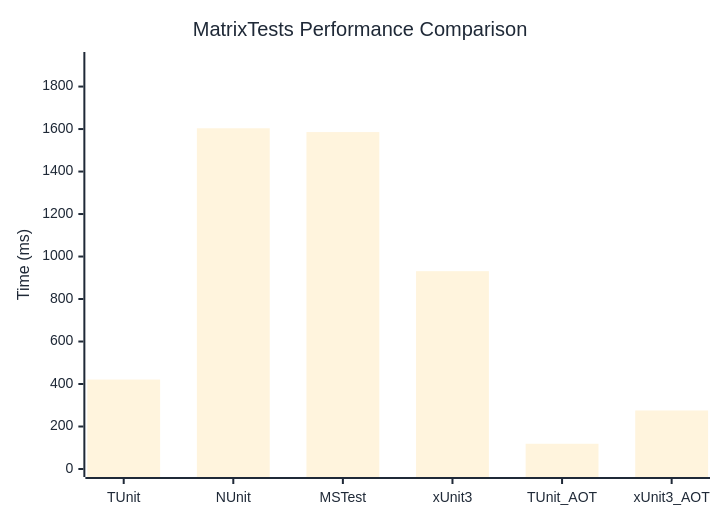
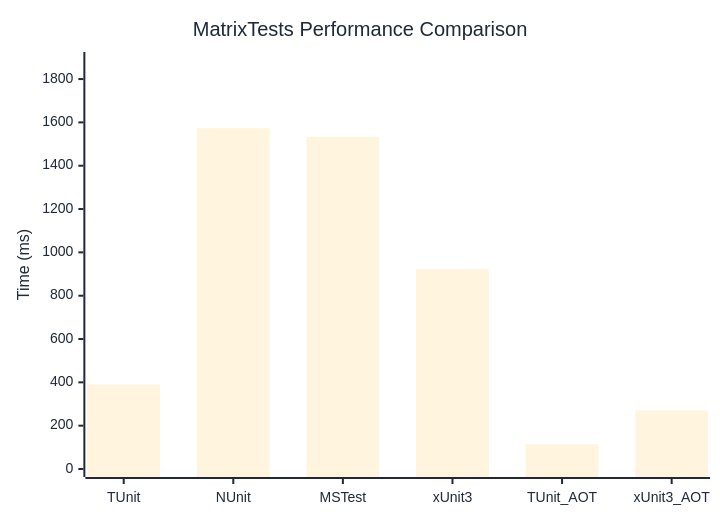
The diagram in docs/docs/benchmarks/engine/MatrixTests.md (thomhurst/TUnit), drawn with Mermaid before and after one commit. The commit also changed other lines of this file and 18 other files, not shown here.

````diff
--- a/docs/docs/benchmarks/engine/MatrixTests.md
+++ b/docs/docs/benchmarks/engine/MatrixTests.md
@@ -30,37 +30,37 @@
 ```mermaid
 %%{init: {
   'theme':'base',
   'themeVariables': {
     'primaryColor': '#2563eb',
     'primaryTextColor': '#1f2937',
     'primaryBorderColor': '#1e40af',
     'lineColor': '#6b7280',
     'secondaryColor': '#7c3aed',
     'tertiaryColor': '#dc2626',
     'background': '#ffffff',
     'mainBkg': '#2563eb',
     'secondBkg': '#7c3aed',
     'tertiaryBkg': '#dc2626',
     'clusterBkg': '#f3f4f6',
     'edgeLabelBackground': '#ffffff',
     'tertiaryTextColor': '#1f2937',
     'pie1': '#2563eb',
     'pie2': '#7c3aed',
     'pie3': '#dc2626',
     'pie4': '#f59e0b',
     'pie5': '#10b981',
     'pie6': '#06b6d4',
     'pie7': '#ec4899',
     'pie8': '#6366f1',
     'pie9': '#84cc16',
     'pie10': '#f97316',
     'pie11': '#14b8a6',
     'pie12': '#a855f7'
   }
 }}%%
 xychart-beta
   title "MatrixTests Performance Comparison"
   x-axis ["TUnit", "NUnit", "MSTest", "xUnit3", "TUnit_AOT", "xUnit3_AOT"]
-  y-axis "Time (ms)" 0 --> 1925
-  bar [420.9, 1603.6, 1585.8, 931.1, 118.8, 275.4]
+  y-axis "Time (ms)" 0 --> 1888
+  bar [389.9, 1572.9, 1532.8, 923.5, 114.3, 270.3]
 ```
````
